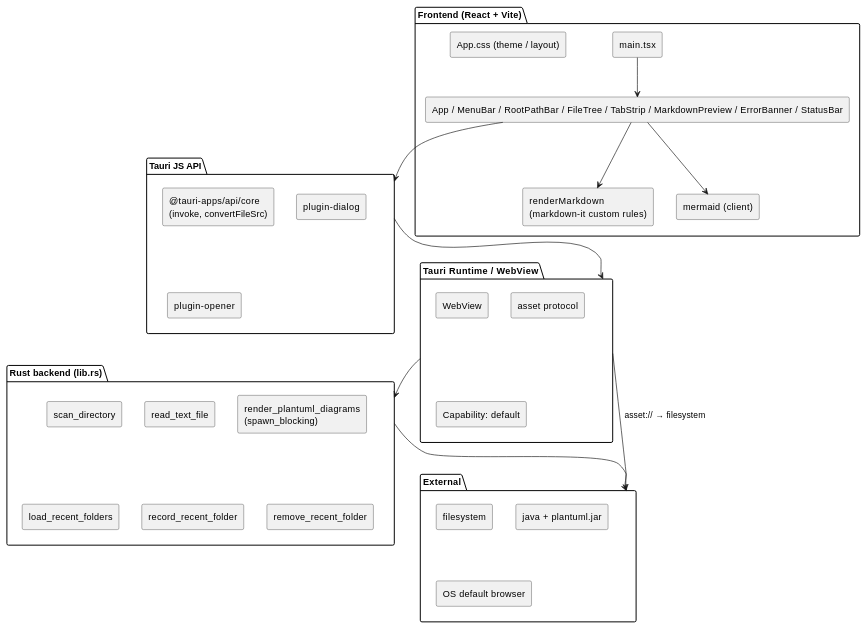
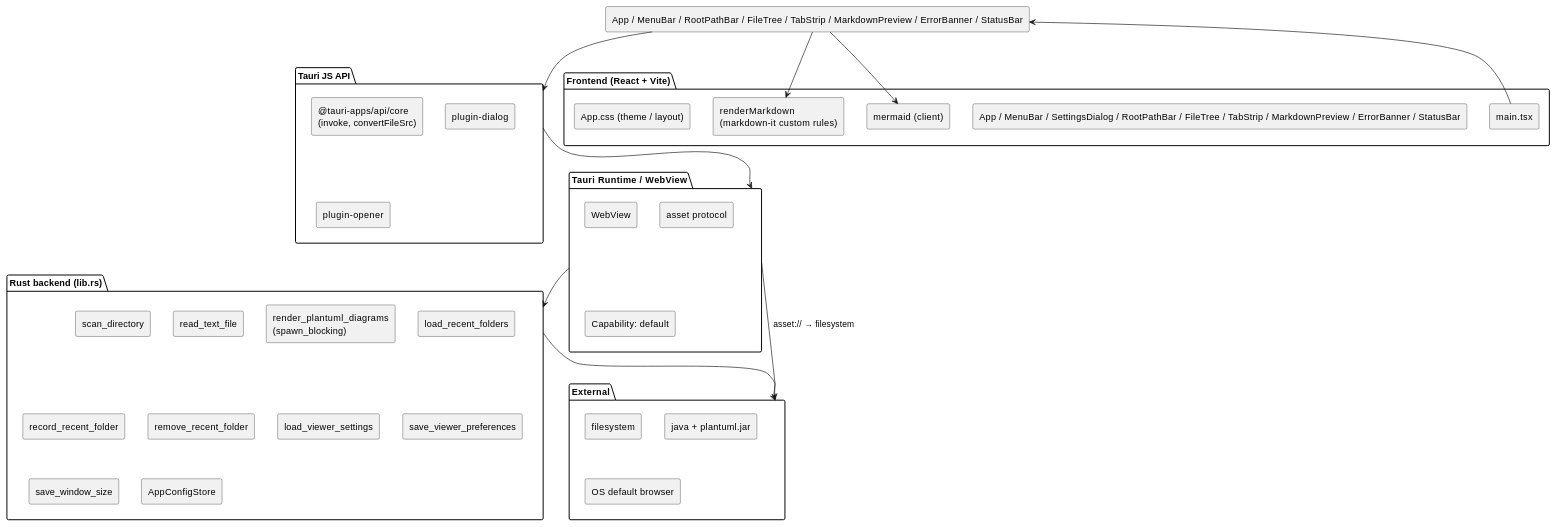
One commit to an-embedded-engineer/MarkdownViewer changed the first of 3 diagrams in docs/components/tauri_viewer/basic_design.md. Above: the diagram before and after it, drawn with PlantUML. The commit also changed other lines of this file and 12 other files, not shown here.

Commit message:
feat: persist Tauri viewer settings

````diff
--- a/docs/components/tauri_viewer/basic_design.md
+++ b/docs/components/tauri_viewer/basic_design.md
@@ -61,50 +71,54 @@
 ```plantuml
 @startuml
 skinparam shadowing false
 skinparam componentStyle rectangle
 
 package "Frontend (React + Vite)" as F {
   [main.tsx]
-  [App / MenuBar / RootPathBar / FileTree / TabStrip / MarkdownPreview / ErrorBanner / StatusBar]
+  [App / MenuBar / SettingsDialog / RootPathBar / FileTree / TabStrip / MarkdownPreview / ErrorBanner / StatusBar]
   [renderMarkdown\n(markdown-it custom rules)]
   [mermaid (client)]
   [App.css (theme / layout)]
 }
 
 package "Tauri JS API" as TJS {
   [@tauri-apps/api/core\n(invoke, convertFileSrc)]
   [plugin-dialog]
   [plugin-opener]
 }
 
 package "Tauri Runtime / WebView" as TR {
   [WebView]
   [asset protocol]
   [Capability: default]
 }
 
 package "Rust backend (lib.rs)" as R {
   [scan_directory]
   [read_text_file]
   [render_plantuml_diagrams\n(spawn_blocking)]
   [load_recent_folders]
   [record_recent_folder]
   [remove_recent_folder]
+  [load_viewer_settings]
+  [save_viewer_preferences]
+  [save_window_size]
+  [AppConfigStore]
 }
 
 package "External" as E {
   [filesystem]
   [java + plantuml.jar]
   [OS default browser]
 }
 
 [main.tsx] --> [App / MenuBar / RootPathBar / FileTree / TabStrip / MarkdownPreview / ErrorBanner / StatusBar]
 [App / MenuBar / RootPathBar / FileTree / TabStrip / MarkdownPreview / ErrorBanner / StatusBar] --> TJS
 [App / MenuBar / RootPathBar / FileTree / TabStrip / MarkdownPreview / ErrorBanner / StatusBar] --> [renderMarkdown\n(markdown-it custom rules)]
 [App / MenuBar / RootPathBar / FileTree / TabStrip / MarkdownPreview / ErrorBanner / StatusBar] --> [mermaid (client)]
 TJS --> TR
 TR --> R
 R --> E
 TR --> E : asset:// → filesystem
 @enduml
 ```
````
